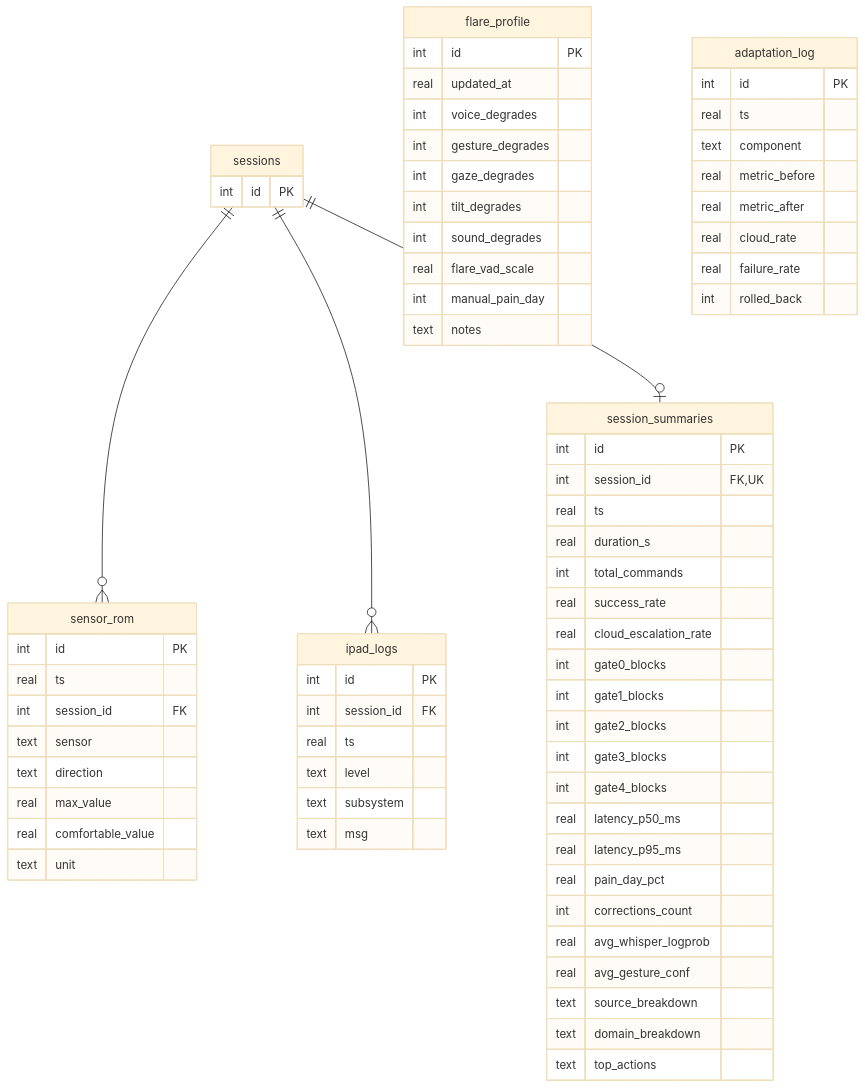
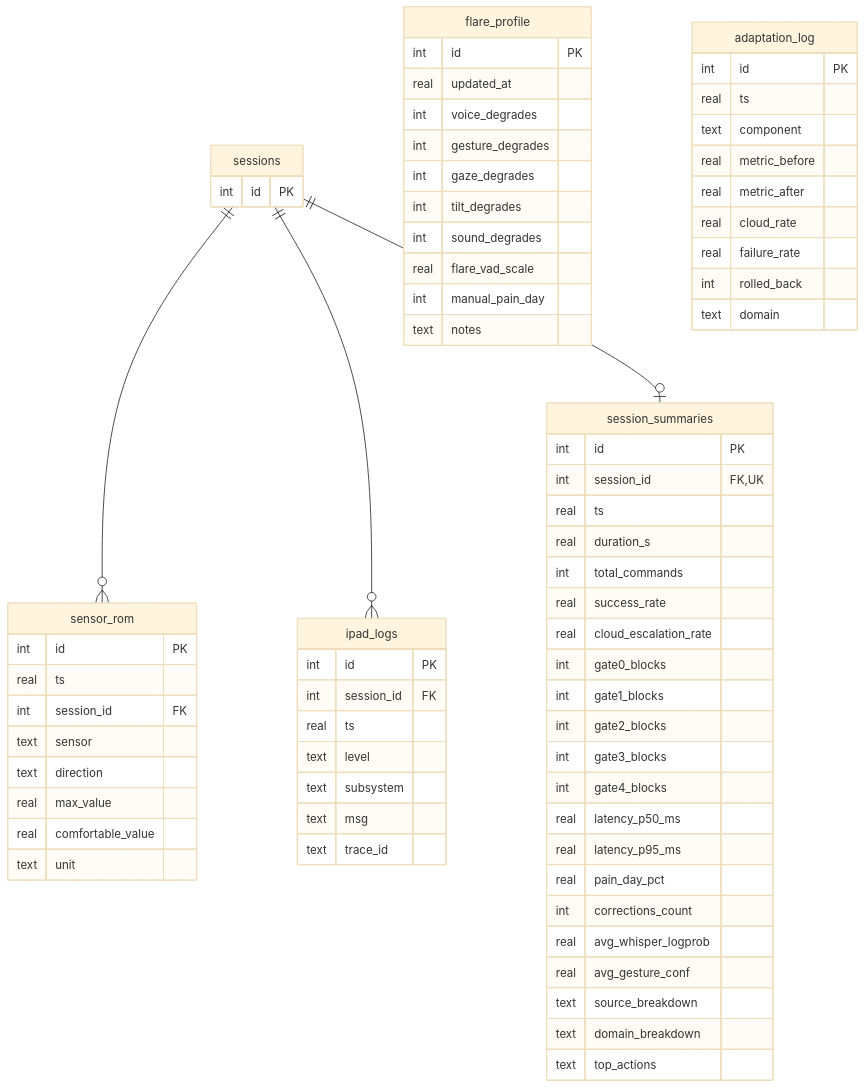
Before and after one commit to Bradly187/Personal-Desktop-Agent: the seventh of 14 diagrams in docs/architecture/database-design.md, drawn with Mermaid (base theme). The commit also changed other lines of this file, not shown here.

First line of the commit message:
docs(db): refresh ER diagrams to 38 tables — goal_queue + 8 v3 orchestration tables

````diff
--- a/docs/architecture/database-design.md
+++ b/docs/architecture/database-design.md
@@ -517,70 +531,72 @@
 ```mermaid
 erDiagram
     sessions ||--o{ sensor_rom : ""
     sessions ||--o{ ipad_logs : ""
     sessions ||--o| session_summaries : ""
     sessions { int id PK }
     sensor_rom {
         int id PK
         real ts
         int session_id FK
         text sensor
         text direction
         real max_value
         real comfortable_value
         text unit
     }
     flare_profile {
         int id PK
         real updated_at
         int voice_degrades
         int gesture_degrades
         int gaze_degrades
         int tilt_degrades
         int sound_degrades
         real flare_vad_scale
         int manual_pain_day
         text notes
     }
     ipad_logs {
         int id PK
         int session_id FK
         real ts
         text level
         text subsystem
         text msg
+        text trace_id
     }
     adaptation_log {
         int id PK
         real ts
         text component
         real metric_before
         real metric_after
         real cloud_rate
         real failure_rate
         int rolled_back
+        text domain
     }
     session_summaries {
         int id PK
         int session_id FK,UK
         real ts
         real duration_s
         int total_commands
         real success_rate
         real cloud_escalation_rate
         int gate0_blocks
         int gate1_blocks
         int gate2_blocks
         int gate3_blocks
         int gate4_blocks
         real latency_p50_ms
         real latency_p95_ms
         real pain_day_pct
         int corrections_count
         real avg_whisper_logprob
         real avg_gesture_conf
         text source_breakdown
         text domain_breakdown
         text top_actions
     }
 ```
````
